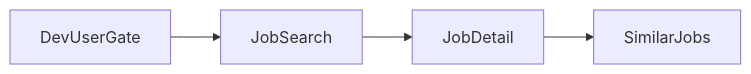
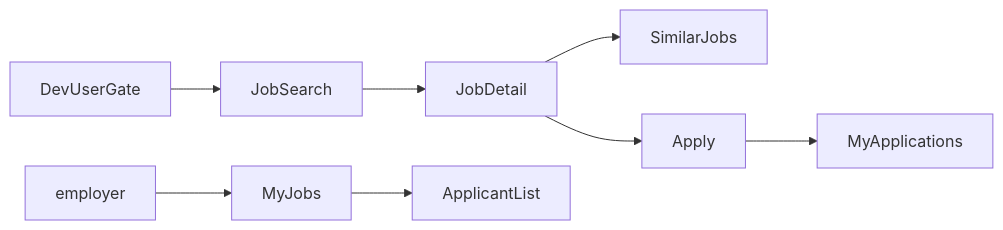
Before and after one commit to maeplego/portfolio-plan: the first of 2 diagrams in portfolio-plan/talent-platform/docs/06-diagrams.md, drawn with Mermaid. The commit also changed other lines of this file and 4 other files, not shown here.

````diff
--- a/portfolio-plan/talent-platform/docs/06-diagrams.md
+++ b/portfolio-plan/talent-platform/docs/06-diagrams.md
@@ -11,6 +11,10 @@
 ```mermaid
 flowchart LR
   login[DevUserGate] --> search[JobSearch]
   search --> detail[JobDetail]
   detail --> similar[SimilarJobs]
+  detail --> apply[Apply]
+  apply --> myApps[MyApplications]
+  emp[employer] --> jobs[MyJobs]
+  jobs --> apps[ApplicantList]
 ```
````
